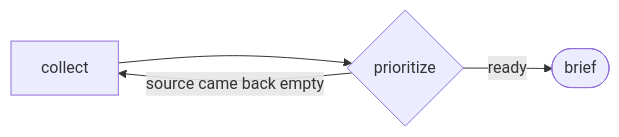
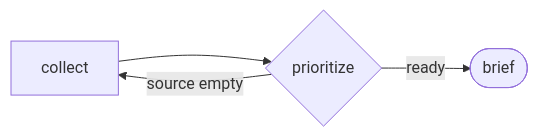
The ninth of 11 diagrams in README.md (GEMISIS/leviath), drawn with Mermaid before and after one commit. The commit also changed other lines of this file, not shown here.

First line of the commit message:
docs(readme): move agent workflow graphs into the table (HTML table w/ inline mermaid)

````diff
--- a/README.md
+++ b/README.md
@@ -417,6 +460,6 @@
 ```mermaid
 flowchart LR
   collect --> prioritize{prioritize}
-  prioritize -->|source came back empty| collect
+  prioritize -->|source empty| collect
   prioritize -->|ready| brief([brief])
 ```
````
